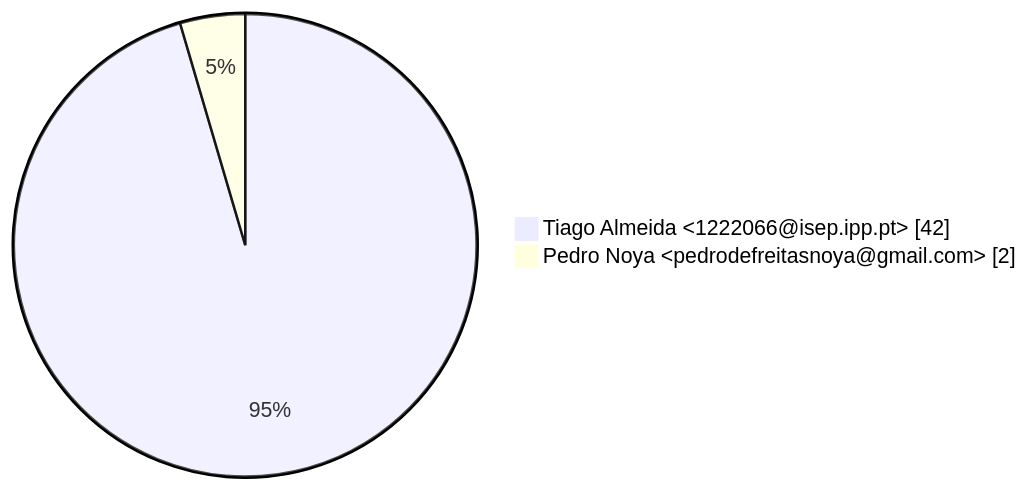
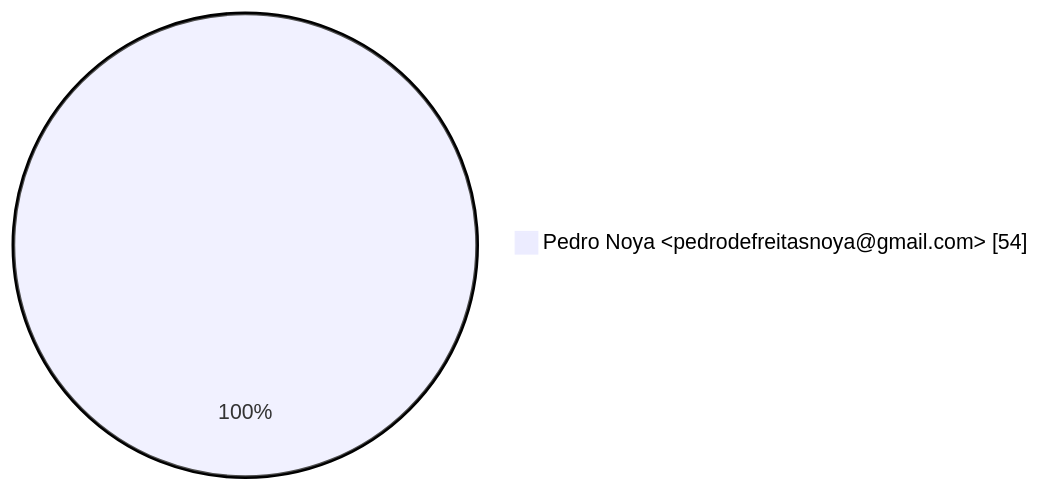
The third of 3 diagrams in GitAnalysis/Sprint_1/Contributions.md (Pedro-Noya/LSIS1), drawn with Mermaid before and after one commit. The commit also changed other lines of this file and 1 other file, not shown here.

````diff
--- a/GitAnalysis/Sprint_1/Contributions.md
+++ b/GitAnalysis/Sprint_1/Contributions.md
@@ -22,5 +19,4 @@
 ```mermaid
 pie showData
-    " Tiago Almeida <1222066@isep.ipp.pt>" : 42
-    " Pedro Noya <pedrodefreitasnoya@gmail.com>" : 2
+    " Pedro Noya <pedrodefreitasnoya@gmail.com>" : 54
 ```
````
